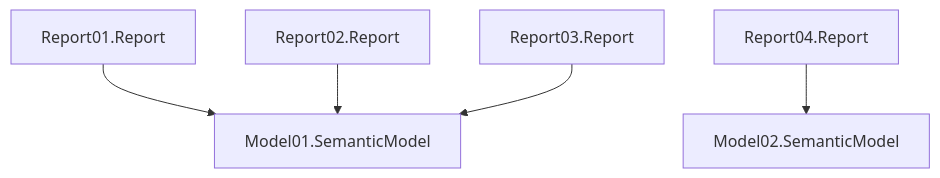
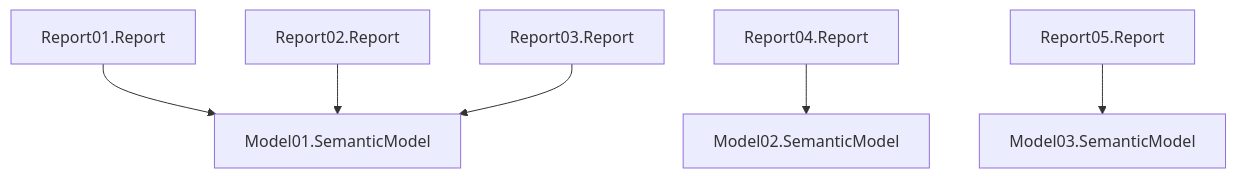
One commit to mcaitjv/pbip-demo changed the diagram in README.md. Above: the diagram before and after it, drawn with Mermaid. The commit also changed 33 other files, not shown here.

````diff
--- a/README.md
+++ b/README.md
@@ -5,8 +5,9 @@
 ```mermaid
 graph TD
   Report01.Report --> Model01.SemanticModel
   Report02.Report --> Model01.SemanticModel
   Report03.Report --> Model01.SemanticModel
   Report04.Report --> Model02.SemanticModel
+  Report05.Report --> Model03.SemanticModel
 
 ```
````
